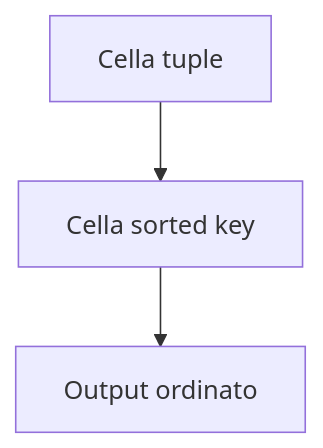
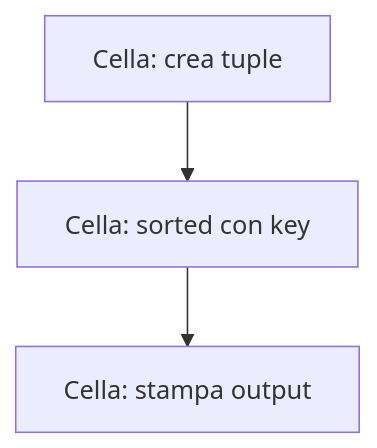
Before and after one commit to lucadagati/Lab_Fondamenti_di_Informatica_25_26: the ninth of 20 diagrams in 04-python-jupyter-analisi-biomedica/README.md, drawn with Mermaid. The commit also changed other lines of this file, not shown here.

First line of the commit message:
README Lab 4: aggiunge testo esercizi e flow più espliciti

````diff
--- a/04-python-jupyter-analisi-biomedica/README.md
+++ b/04-python-jupyter-analisi-biomedica/README.md
@@ -141,5 +175,5 @@
 ```mermaid
 flowchart TD
-    A[Cella tuple] --> B[Cella sorted key]
-    B --> C[Output ordinato]
+    A[Cella: crea tuple] --> B[Cella: sorted con key]
+    B --> C[Cella: stampa output]
 ```
````
